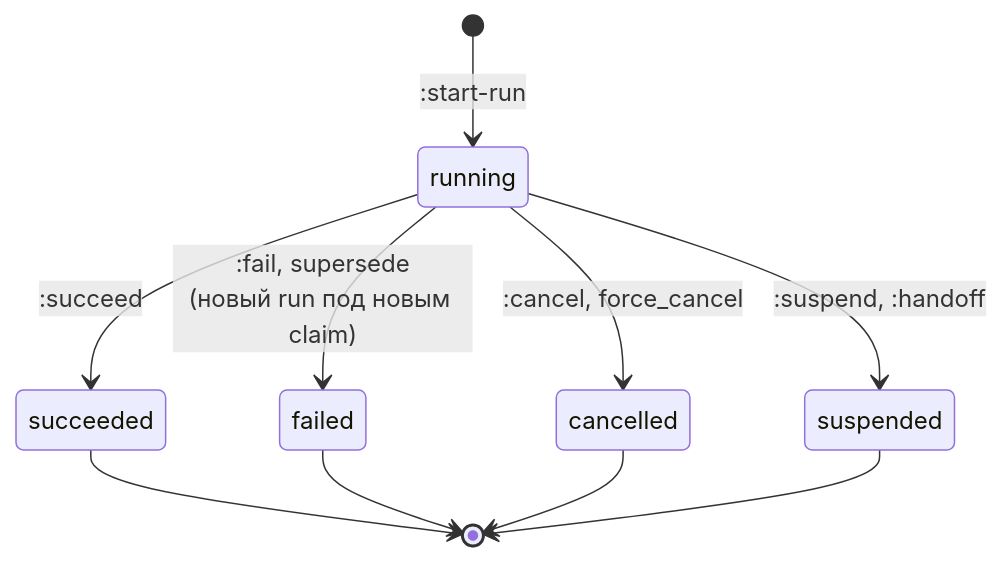
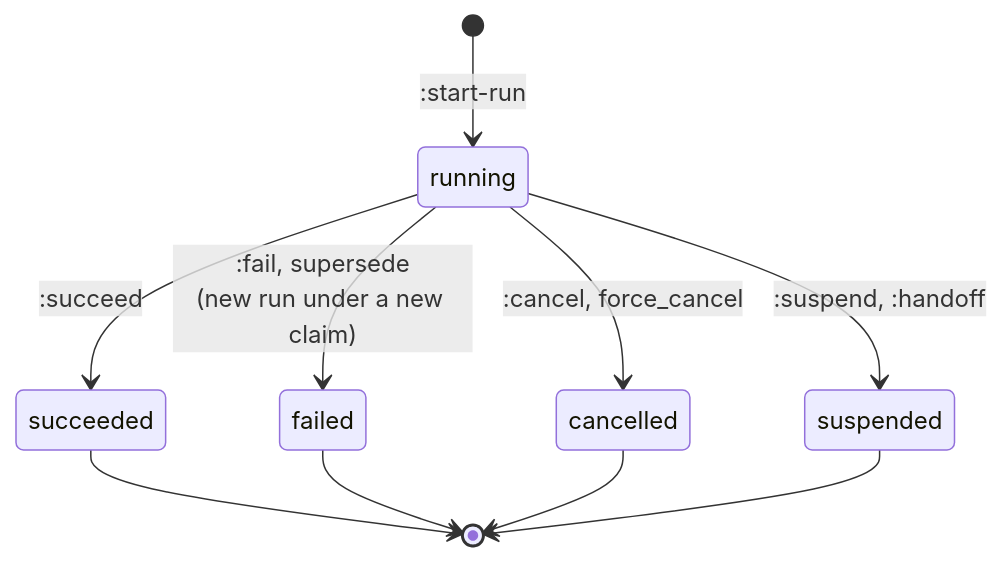
Before and after one commit to monthu56/taimen: the fourth of 6 diagrams in guide/docs/control-plane/execution.md, drawn with Mermaid. The commit also changed other lines of this file and 183 other files, not shown here.

````diff
--- a/guide/docs/control-plane/execution.md
+++ b/guide/docs/control-plane/execution.md
@@ -233,12 +235,12 @@
 ```mermaid
 stateDiagram-v2
     [*] --> running: :start-run
     running --> succeeded: :succeed
-    running --> failed: :fail, supersede<br/>(новый run под новым claim)
+    running --> failed: :fail, supersede<br/>(new run under a new claim)
     running --> cancelled: :cancel, force_cancel
     running --> suspended: :suspend, :handoff
     succeeded --> [*]
     failed --> [*]
     cancelled --> [*]
     suspended --> [*]
 ```
````
